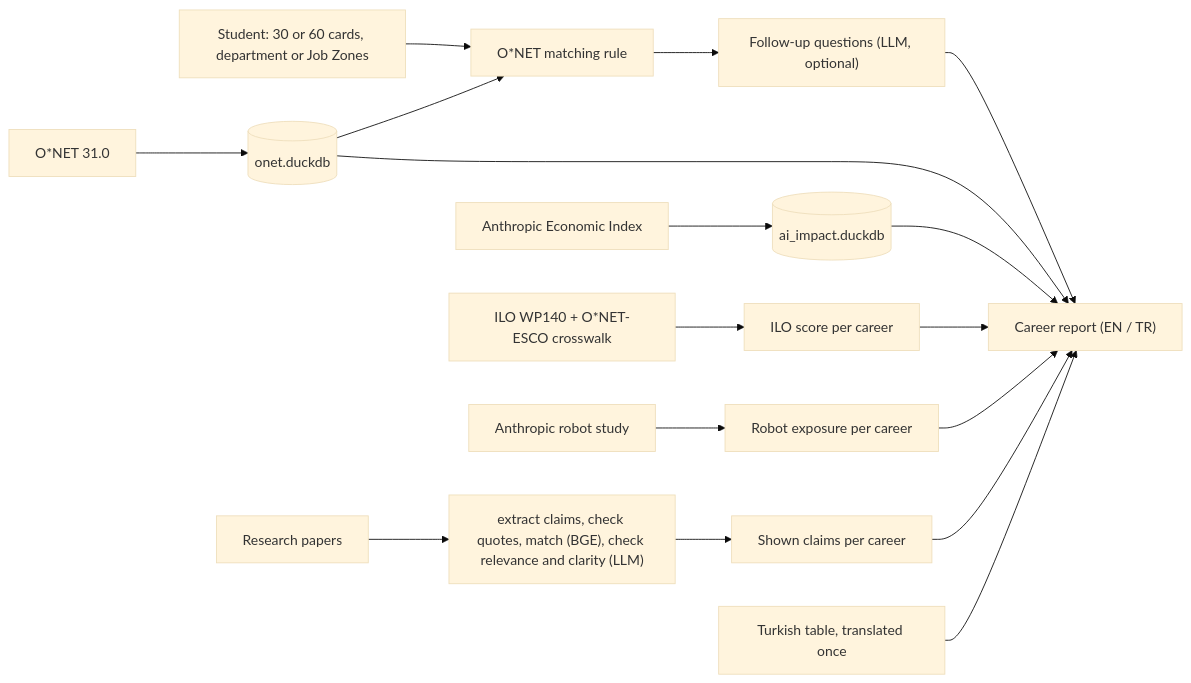
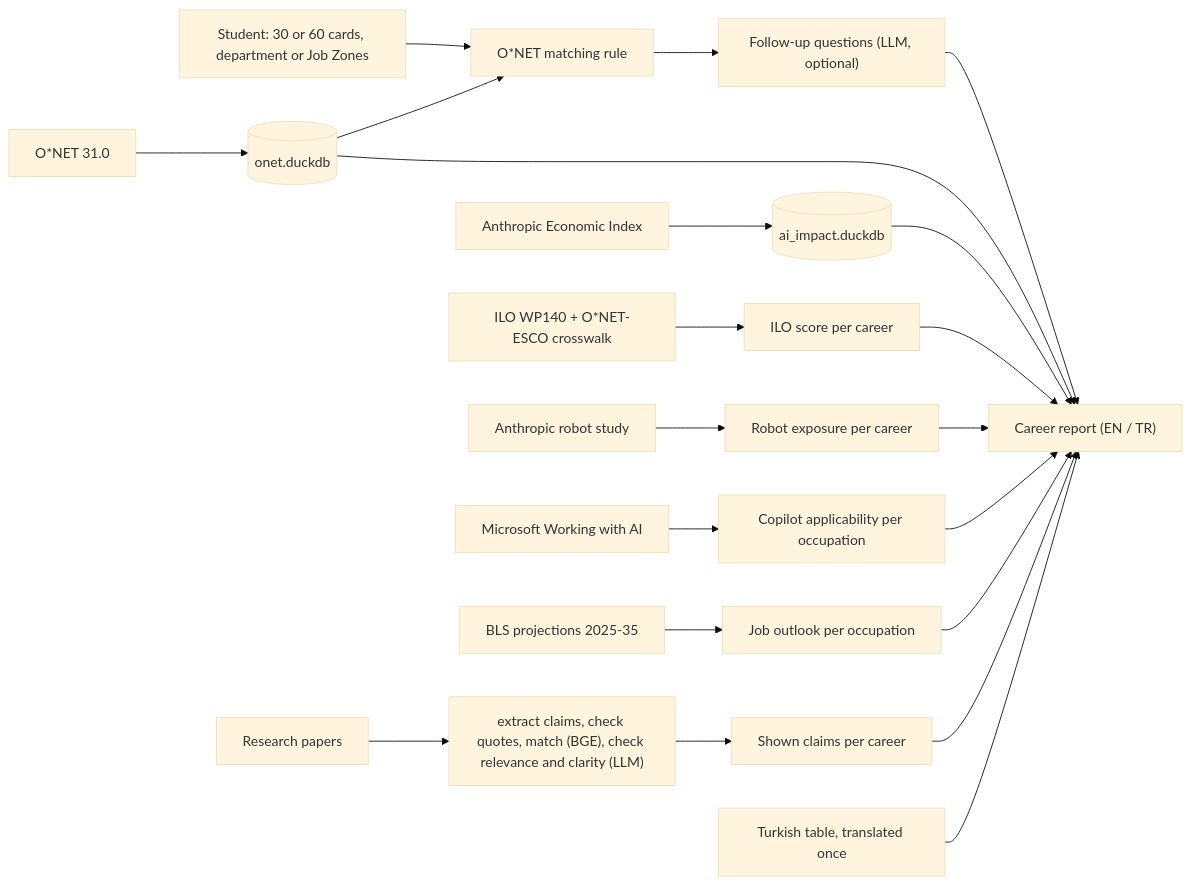
One commit to b454k/ai-aware-career-guide changed the diagram in README.md. Above: the diagram before and after it, drawn with Mermaid (base theme). The commit also changed other lines of this file and 24 other files, not shown here.

Commit message:
10.15 + 10.16: Microsoft's Copilot data and BLS's 2025-35 US job outlook (with BLS's own reasons), each its own section of the AI evidence; the verdict names the two sources it compares; README pictures retaken

````diff
--- a/README.md
+++ b/README.md
@@ -43,19 +45,23 @@
 ```mermaid
 flowchart LR
     student["Student: 30 or 60 cards, department or Job Zones"] --> match["O*NET matching rule"]
     match --> follow["Follow-up questions (LLM, optional)"]
     follow --> report["Career report (EN / TR)"]
     onet["O*NET 31.0"] --> onetdb[("onet.duckdb")]
     aei["Anthropic Economic Index"] --> aidb[("ai_impact.duckdb")]
     ilo["ILO WP140 + O*NET-ESCO crosswalk"] --> ilocsv["ILO score per career"]
     robots["Anthropic robot study"] --> robotcsv["Robot exposure per career"]
+    ms["Microsoft Working with AI"] --> mscsv["Copilot applicability per occupation"]
+    bls["BLS projections 2025-35"] --> blscsv["Job outlook per occupation"]
     papers["Research papers"] --> pipe["extract claims, check quotes, match (BGE), check relevance and clarity (LLM)"]
     pipe --> claims["Shown claims per career"]
     onetdb --> match
     onetdb --> report
     aidb --> report
     ilocsv --> report
     robotcsv --> report
+    mscsv --> report
+    blscsv --> report
     claims --> report
     tr["Turkish table, translated once"] --> report
 ```
````
